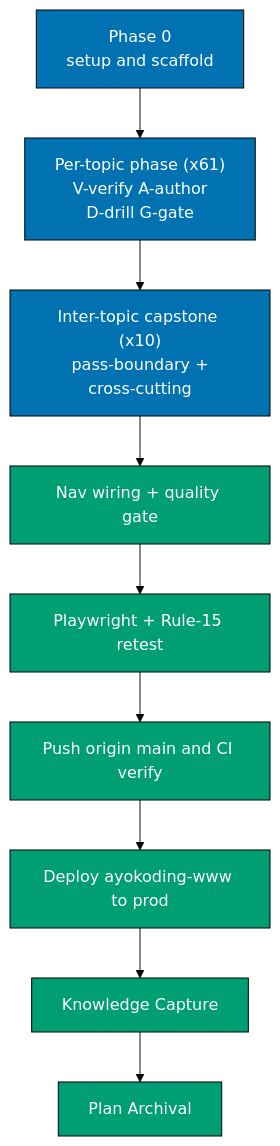
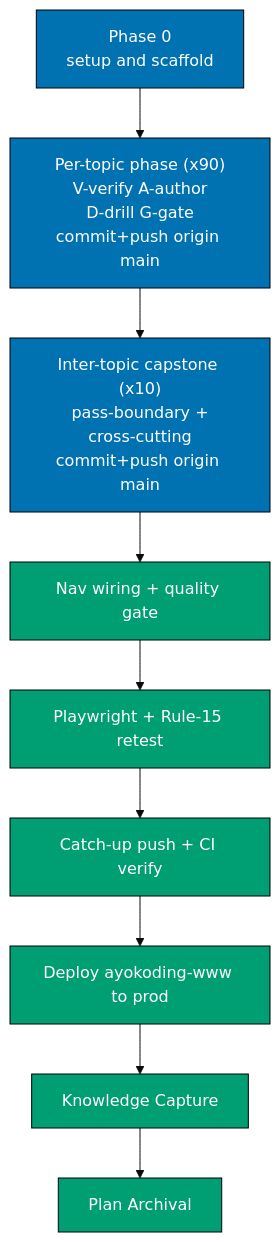
The diagram in plans/in-progress/the-well-grounded-software-engineer/delivery.md (wahidyankf/baseerah), drawn with Mermaid (base theme) before and after one commit. The commit also changed other lines of this file and 153 other files, not shown here.

````diff
--- a/plans/in-progress/the-well-grounded-software-engineer/delivery.md
+++ b/plans/in-progress/the-well-grounded-software-engineer/delivery.md
@@ -39,18 +46,18 @@
 ```mermaid
 flowchart TD
     S["Phase 0<br/>setup and scaffold"]
-    T["Per-topic phase (x61)<br/>V-verify A-author<br/>D-drill G-gate"]
-    C["Inter-topic capstone (x10)<br/>pass-boundary +<br/>cross-cutting"]
+    T["Per-topic phase (x90)<br/>V-verify A-author<br/>D-drill G-gate<br/>commit+push origin main"]
+    C["Inter-topic capstone (x10)<br/>pass-boundary +<br/>cross-cutting<br/>commit+push origin main"]
     N["Nav wiring + quality gate"]
     R["Playwright + Rule-15 retest"]
-    P["Push origin main and CI verify"]
+    P["Catch-up push + CI verify"]
     D["Deploy ayokoding-www to prod"]
     K["Knowledge Capture"]
     A["Plan Archival"]
     S --> T --> C --> N --> R --> P --> D --> K --> A
 
     classDef s fill:#0072B2,stroke:#000,color:#fff
     classDef done fill:#009E73,stroke:#000,color:#fff
     class S,T,C s
     class N,R,P,D,K,A done
 ```
````
